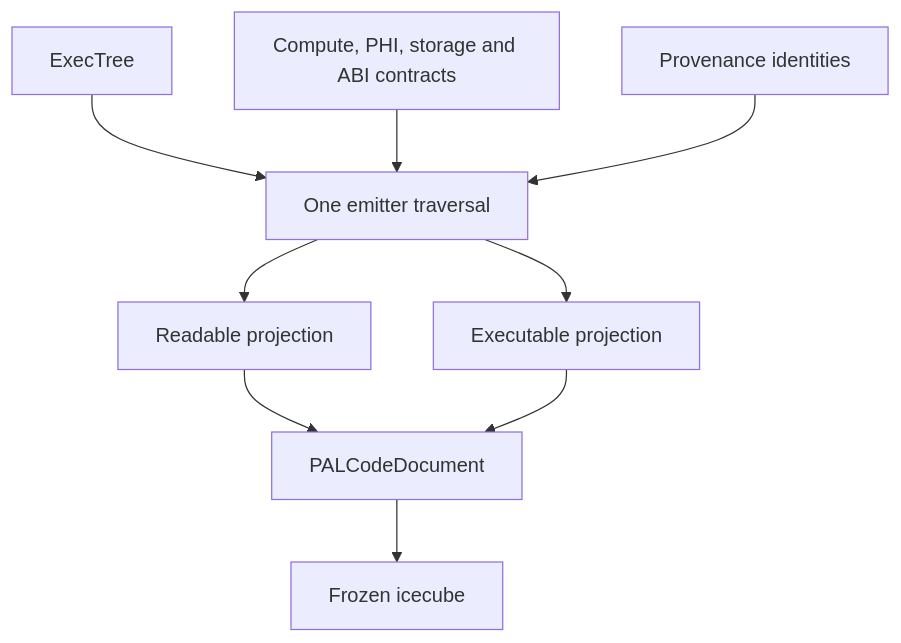
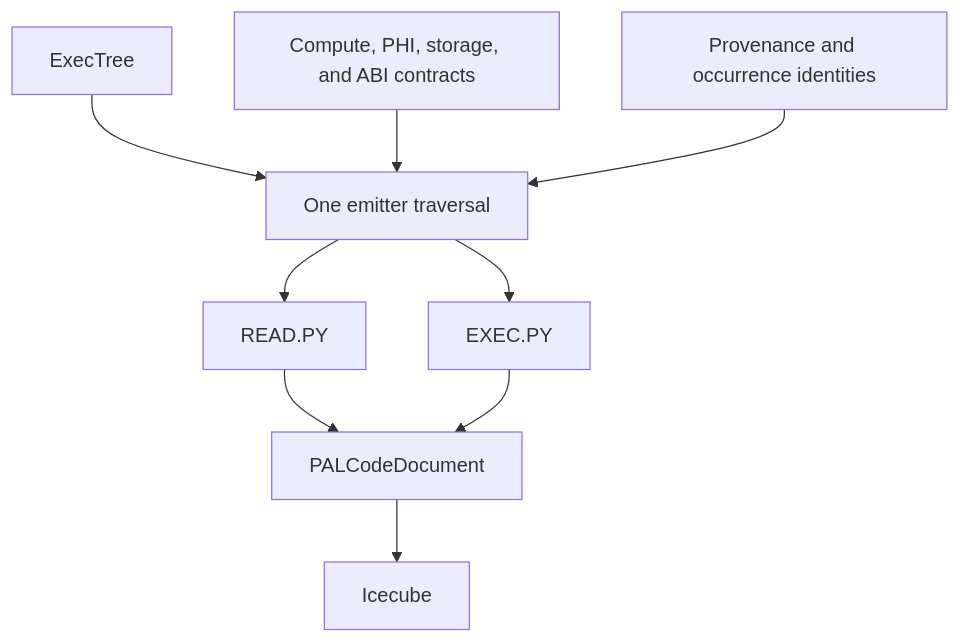
Before and after one commit to oldwalls/pyghidra-PAL: the third of 5 diagrams in README.md, drawn with Mermaid. The commit also changed other lines of this file and 6873 other files, not shown here.

````diff
--- a/README.md
+++ b/README.md
@@ -284,11 +436,11 @@
 ```mermaid
 flowchart TD
-    ET["ExecTree"] --> E["One emitter traversal"]
-    CT["Compute, PHI, storage and ABI contracts"] --> E
-    PR["Provenance identities"] --> E
-    E --> RD["Readable projection"]
-    E --> XP["Executable projection"]
+    ET["ExecTree"] --> EM["One emitter traversal"]
+    CT["Compute, PHI, storage, and ABI contracts"] --> EM
+    PR["Provenance and occurrence identities"] --> EM
+    EM --> RD["READ.PY"]
+    EM --> XP["EXEC.PY"]
     RD --> CD["PALCodeDocument"]
     XP --> CD
-    CD --> IC["Frozen icecube"]
+    CD --> IC["Icecube"]
 ```
````
